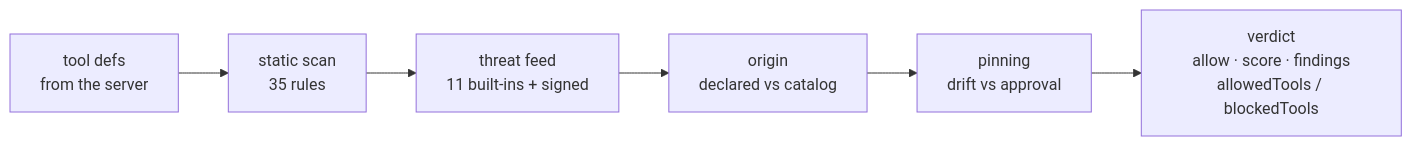
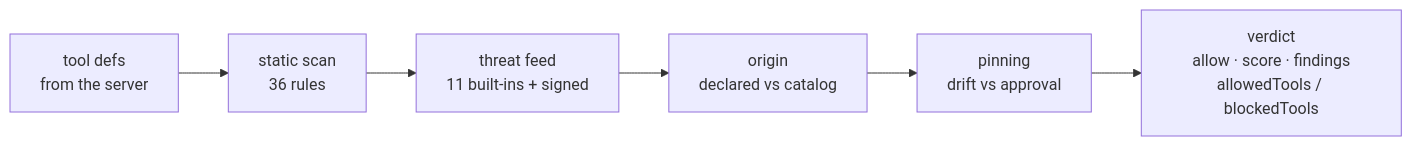
The diagram in README.md (alexar76/warden), drawn with Mermaid before and after one commit. The commit also changed other lines of this file and 58 other files, not shown here.

````diff
--- a/README.md
+++ b/README.md
@@ -234,8 +238,8 @@
 ```mermaid
 flowchart LR
-  T["tool defs<br/>from the server"] --> S["static scan<br/>35 rules"]
+  T["tool defs<br/>from the server"] --> S["static scan<br/>36 rules"]
   S --> F["threat feed<br/>11 built-ins + signed"]
   F --> O["origin<br/>declared vs catalog"]
   O --> P["pinning<br/>drift vs approval"]
   P --> V["verdict<br/>allow · score · findings<br/>allowedTools / blockedTools"]
 ```
````
